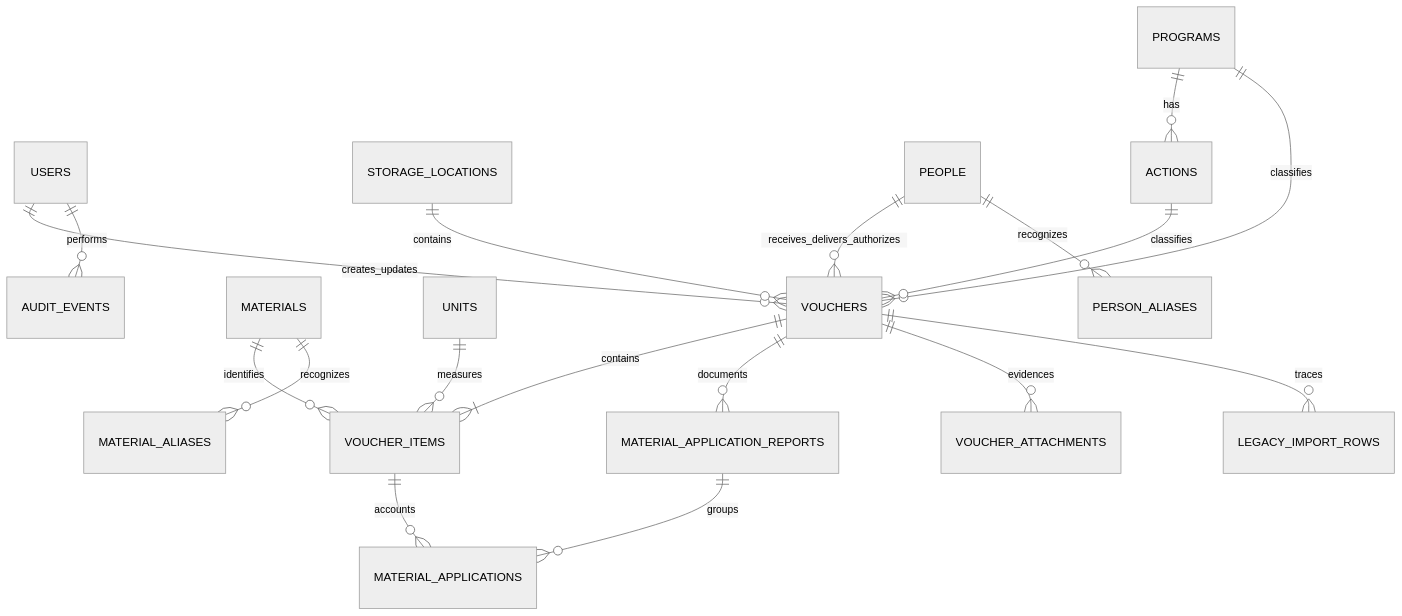
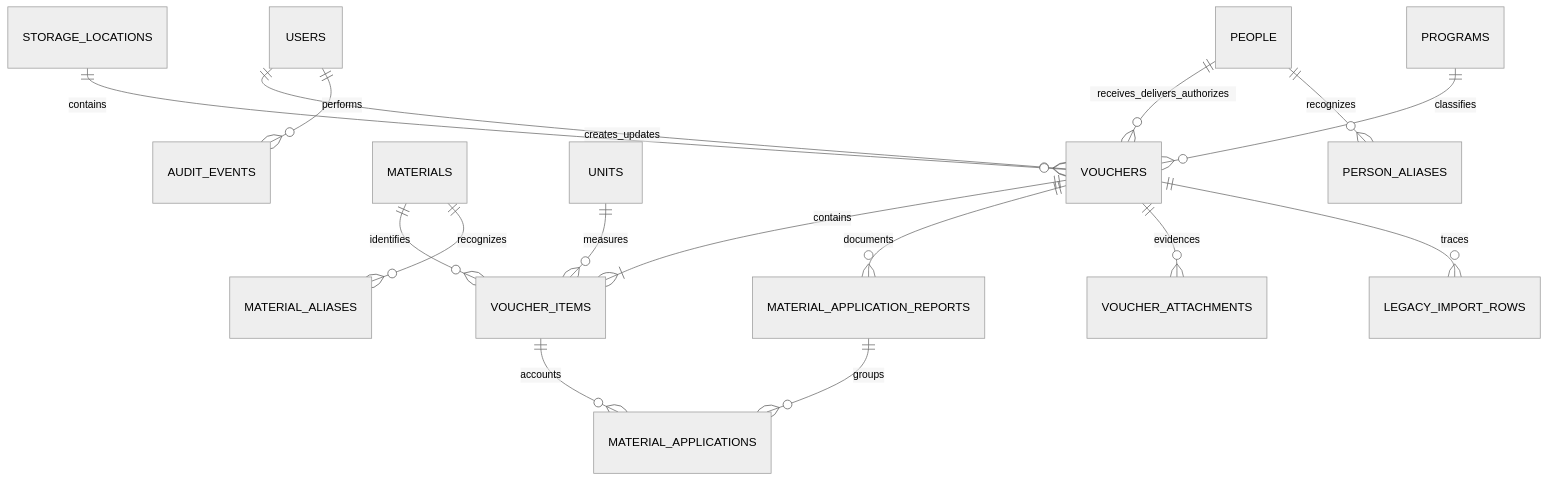
The diagram in docs/architecture.md (oscarcast22/control-materiales-spm), drawn with Mermaid (neutral theme) before and after one commit. The commit also changed other lines of this file and 26 other files, not shown here.

````diff
--- a/docs/architecture.md
+++ b/docs/architecture.md
@@ -37,20 +37,18 @@
 ```mermaid
 erDiagram
     USERS ||--o{ VOUCHERS : creates_updates
     STORAGE_LOCATIONS ||--o{ VOUCHERS : contains
     PEOPLE ||--o{ VOUCHERS : receives_delivers_authorizes
-    PROGRAMS ||--o{ ACTIONS : has
     PROGRAMS ||--o{ VOUCHERS : classifies
-    ACTIONS ||--o{ VOUCHERS : classifies
     VOUCHERS ||--|{ VOUCHER_ITEMS : contains
     MATERIALS ||--o{ VOUCHER_ITEMS : identifies
     UNITS ||--o{ VOUCHER_ITEMS : measures
     VOUCHERS ||--o{ MATERIAL_APPLICATION_REPORTS : documents
     MATERIAL_APPLICATION_REPORTS ||--o{ MATERIAL_APPLICATIONS : groups
     VOUCHER_ITEMS ||--o{ MATERIAL_APPLICATIONS : accounts
     VOUCHERS ||--o{ VOUCHER_ATTACHMENTS : evidences
     MATERIALS ||--o{ MATERIAL_ALIASES : recognizes
     PEOPLE ||--o{ PERSON_ALIASES : recognizes
     USERS ||--o{ AUDIT_EVENTS : performs
     VOUCHERS ||--o{ LEGACY_IMPORT_ROWS : traces
 ```
````
